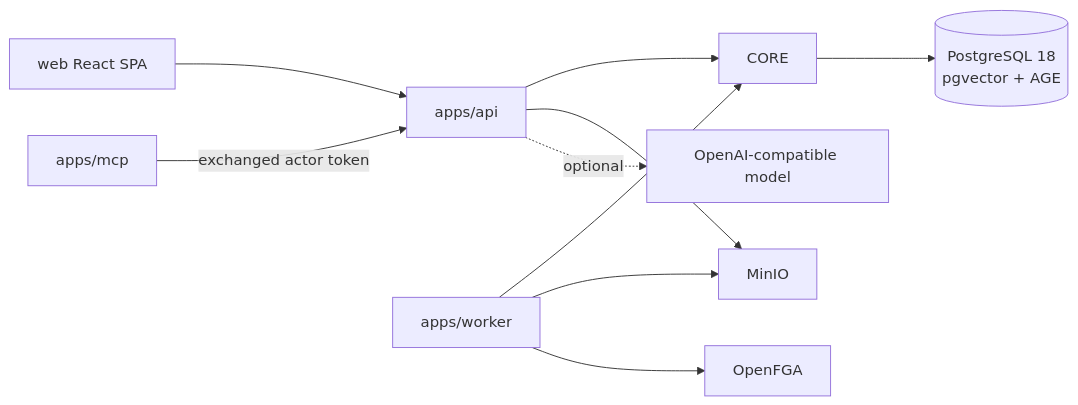
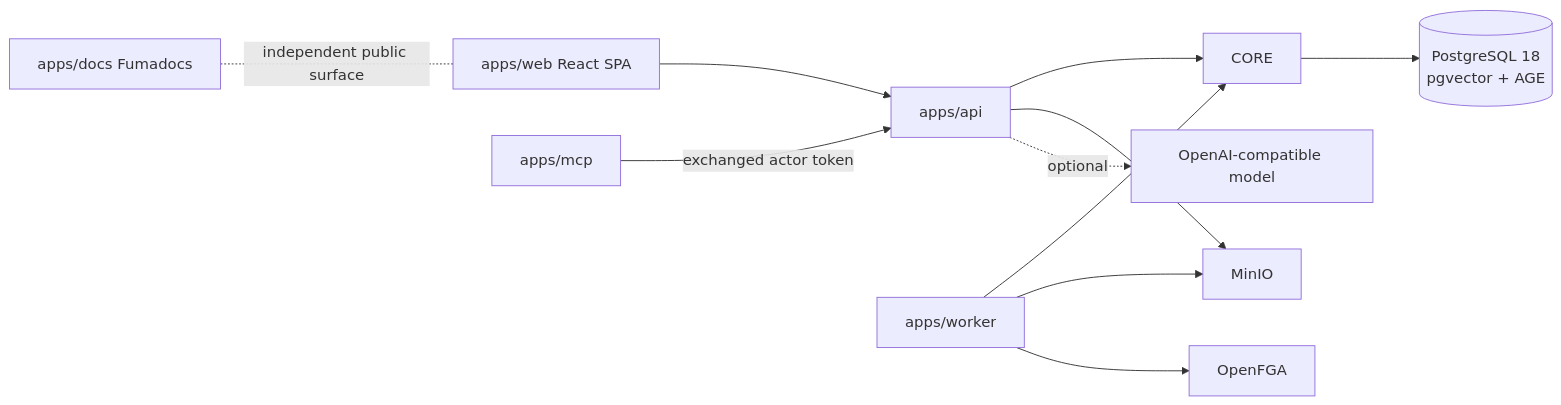
One commit to kl3inIT/OrgMemory changed the diagram in ARCHITECTURE.md. Above: the diagram before and after it, drawn with Mermaid. The commit also changed other lines of this file and 250 other files, not shown here.

````diff
--- a/ARCHITECTURE.md
+++ b/ARCHITECTURE.md
@@ -10,12 +10,13 @@
 ```mermaid
 flowchart LR
-    WEB[web React SPA] --> API[apps/api]
+    WEB[apps/web React SPA] --> API[apps/api]
     MCP[apps/mcp] -->|exchanged actor token| API
+    DOCS[apps/docs Fumadocs] -. independent public surface .- WEB
     API --> CORE
     WORKER[apps/worker] --> CORE
     CORE --> PG[(PostgreSQL 18<br/>pgvector + AGE)]
     API --> BLOB[MinIO]
     WORKER --> BLOB
     WORKER --> FGA[OpenFGA]
     API -. optional .-> LLM[OpenAI-compatible model]
 ```
````
